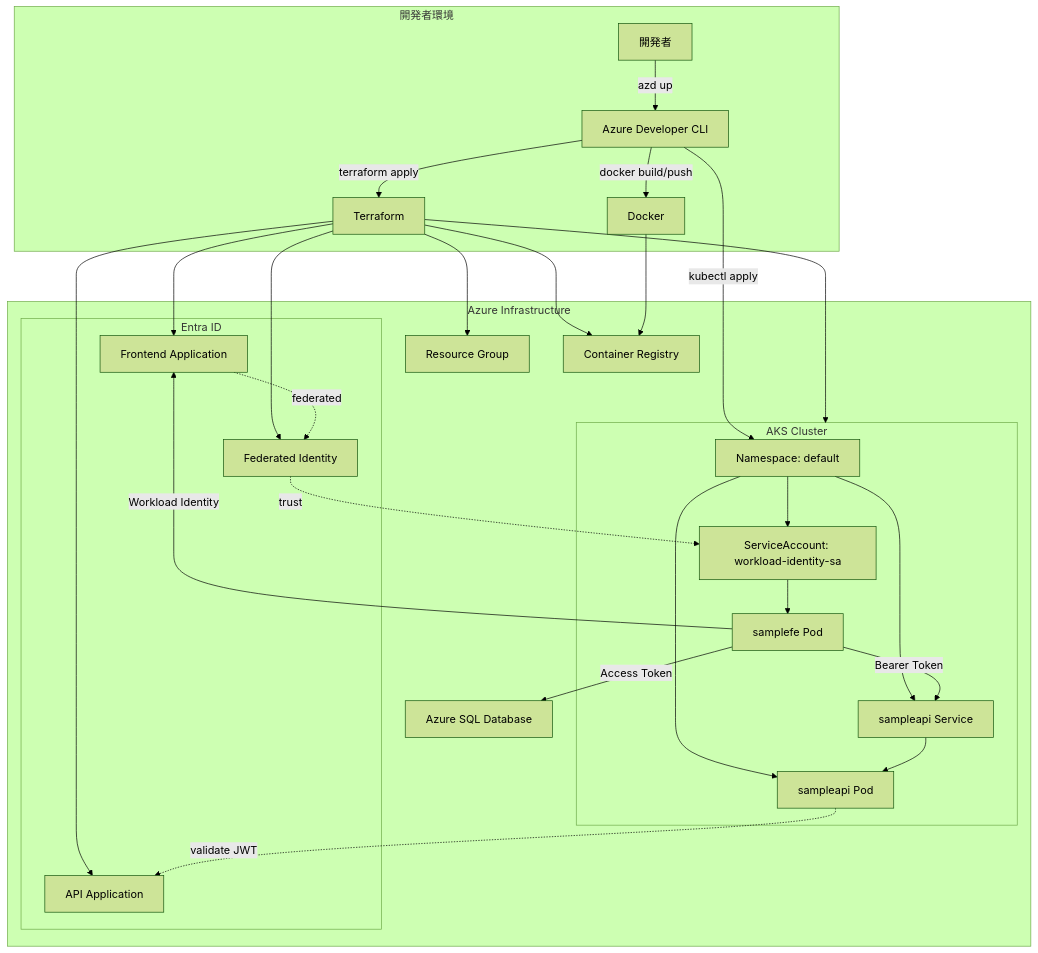
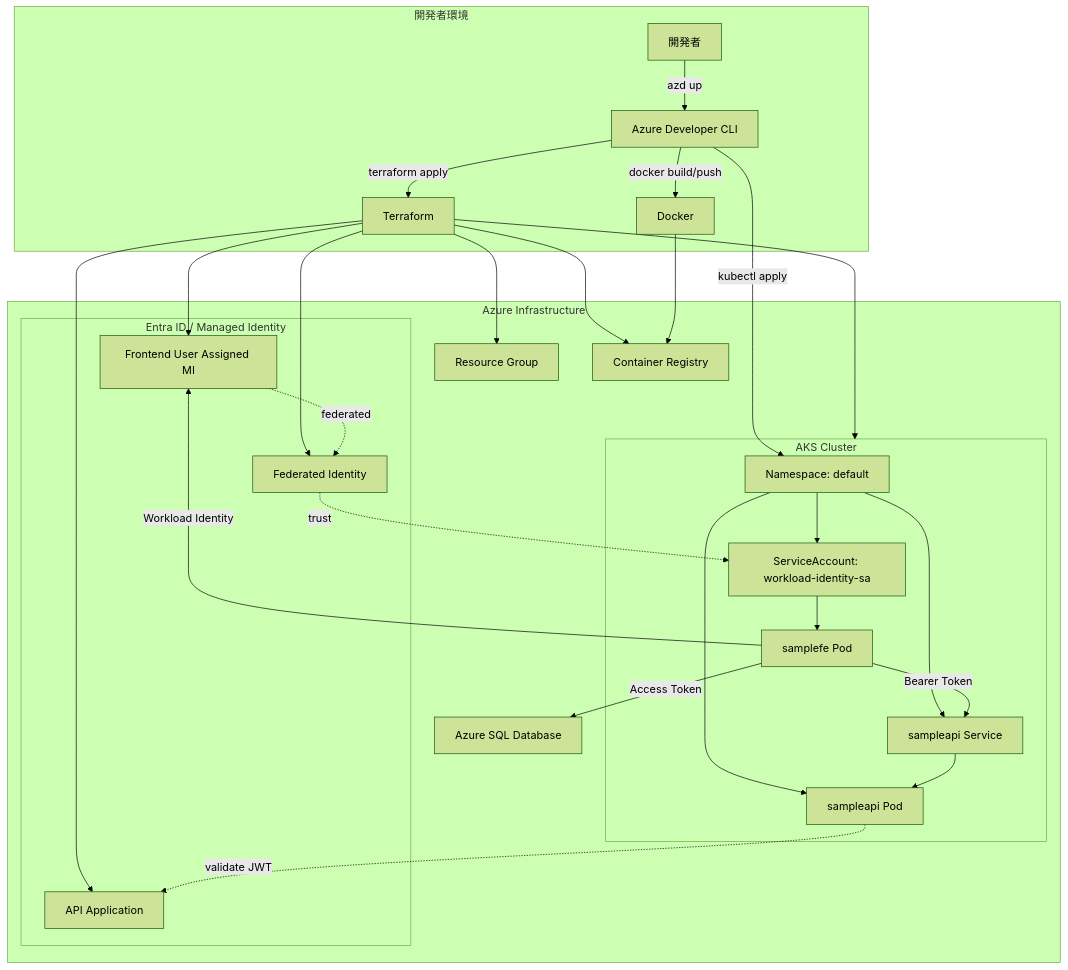
One commit to torumakabe/wi-sample changed the first of 2 diagrams in README.md. Above: the diagram before and after it, drawn with Mermaid (forest theme). The commit also changed other lines of this file and 8 other files, not shown here.

````diff
--- a/README.md
+++ b/README.md
@@ -117,55 +121,55 @@
 ```mermaid
 graph TB
     subgraph "開発者環境"
         Dev[開発者]
         AZD[Azure Developer CLI]
         TF[Terraform]
         Docker[Docker]
     end
     
     subgraph "Azure Infrastructure"
         RG[Resource Group]
         ACR[Container Registry]
         SQLDB[Azure SQL Database]
         
         subgraph AKS[AKS Cluster]
             NS[Namespace: default]
             SA[ServiceAccount: workload-identity-sa]
             FE[samplefe Pod]
             API[sampleapi Pod]
             SVC[sampleapi Service]
         end
         
-        subgraph "Entra ID"
+        subgraph "Entra ID / Managed Identity"
             APIAPP[API Application]
-            FEAPP[Frontend Application]
+            UAMI[Frontend User Assigned MI]
             FED[Federated Identity]
         end
     end
     
     Dev -->|azd up| AZD
     AZD -->|terraform apply| TF
     TF --> RG
     TF --> ACR
     TF --> AKS
     TF --> APIAPP
-    TF --> FEAPP
+    TF --> UAMI
     TF --> FED
     
     AZD -->|docker build/push| Docker
     Docker --> ACR
     
     AZD -->|kubectl apply| NS
     NS --> SA
     SA --> FE
     NS --> API
     NS --> SVC
     
     FED -.->|trust| SA
-    FEAPP -.->|federated| FED
-    FE -->|Workload Identity| FEAPP
+    UAMI -.->|federated| FED
+    FE -->|Workload Identity| UAMI
     FE -->|Bearer Token| SVC
     SVC --> API
     API -.->|validate JWT| APIAPP
     FE -->|Access Token| SQLDB
 ```
````
